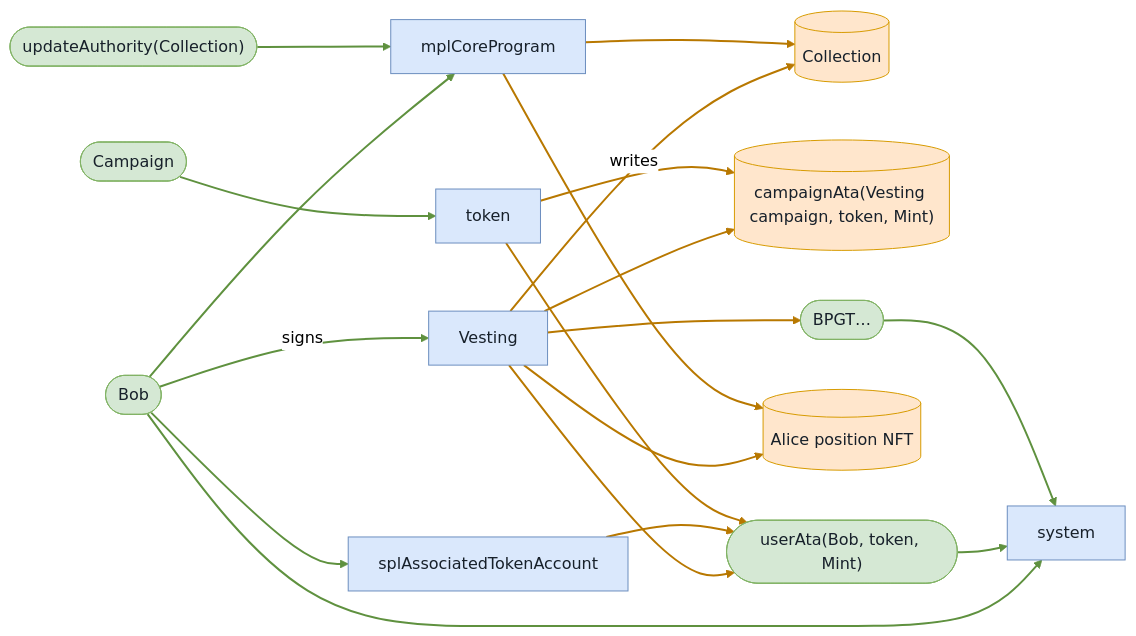
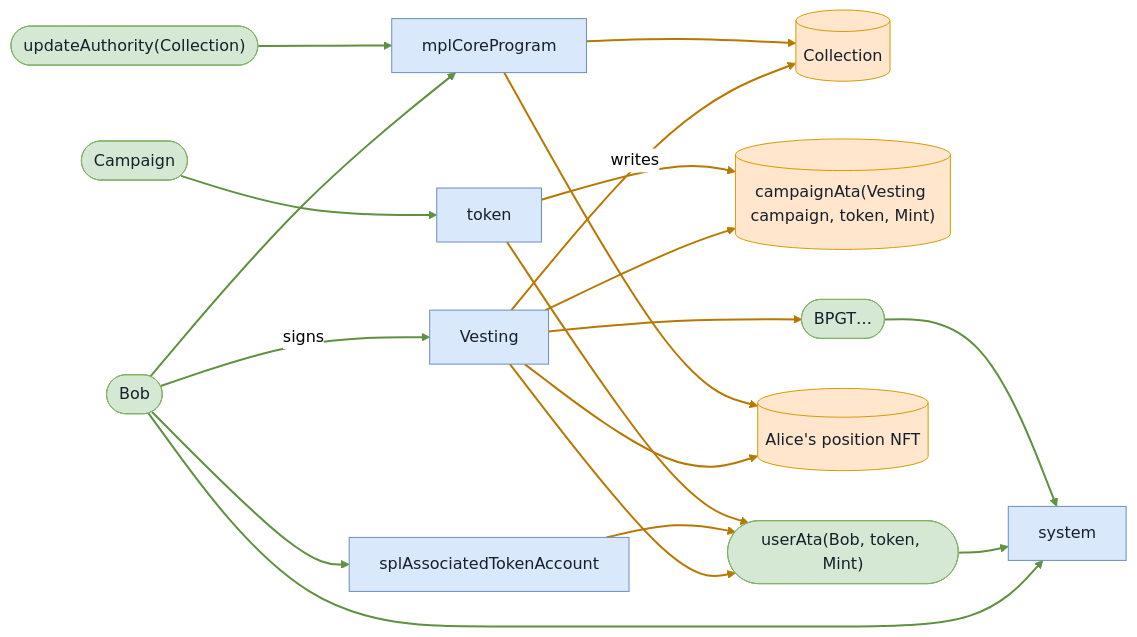
Before and after one commit to cds-turbin3/vesting-position: diagram 23 of 36 in babelfish-tests/test-report/full_lifecycle.md, drawn with Mermaid (neutral theme). The commit also changed other lines of this file and 104 other files, not shown here.

````diff
--- a/babelfish-tests/test-report/full_lifecycle.md
+++ b/babelfish-tests/test-report/full_lifecycle.md
@@ -986,39 +986,39 @@
 ```mermaid
 flowchart LR
     Vesting["Vesting"]:::program
     Bob(["Bob"]):::signer
     Collection[("Collection")]:::state
     campaignAtaVestingcampaigntokenMint[("campaignAta(Vesting campaign, token, Mint)")]:::state
     userAtaBobtokenMint(["userAta(Bob, token, Mint)"]):::signer
-    AlicepositionNFT[("Alice position NFT")]:::state
+    AlicespositionNFT[("Alice's position NFT")]:::state
     BPGT(["BPGT…"]):::signer
     splAssociatedTokenAccount["splAssociatedTokenAccount"]:::program
     token["token"]:::program
     system["system"]:::program
     mplCoreProgram["mplCoreProgram"]:::program
     updateAuthorityCollection(["updateAuthority(Collection)"]):::signer
     Campaign(["Campaign"]):::signer
     Bob -->|signs| Vesting
     Vesting -->|writes| Collection
     Vesting --> campaignAtaVestingcampaigntokenMint
     Vesting --> userAtaBobtokenMint
-    Vesting --> AlicepositionNFT
+    Vesting --> AlicespositionNFT
     Vesting --> BPGT
     Bob --> splAssociatedTokenAccount
     splAssociatedTokenAccount --> userAtaBobtokenMint
     Bob --> system
     userAtaBobtokenMint --> system
     token --> userAtaBobtokenMint
     BPGT --> system
-    mplCoreProgram --> AlicepositionNFT
+    mplCoreProgram --> AlicespositionNFT
     mplCoreProgram --> Collection
     Bob --> mplCoreProgram
     updateAuthorityCollection --> mplCoreProgram
     token --> campaignAtaVestingcampaigntokenMint
     Campaign --> token
     classDef program fill:#dae8fc,stroke:#6c8ebf,color:#17202a;
     classDef signer fill:#d5e8d4,stroke:#82b366,color:#17202a;
     classDef state fill:#ffe6cc,stroke:#d79b00,color:#17202a;
     linkStyle 0,6,8,9,11,14,15,17 stroke:#5f913f,stroke-width:2px
     linkStyle 1,2,3,4,5,7,10,12,13,16 stroke:#b87800,stroke-width:2px
 ```
````
